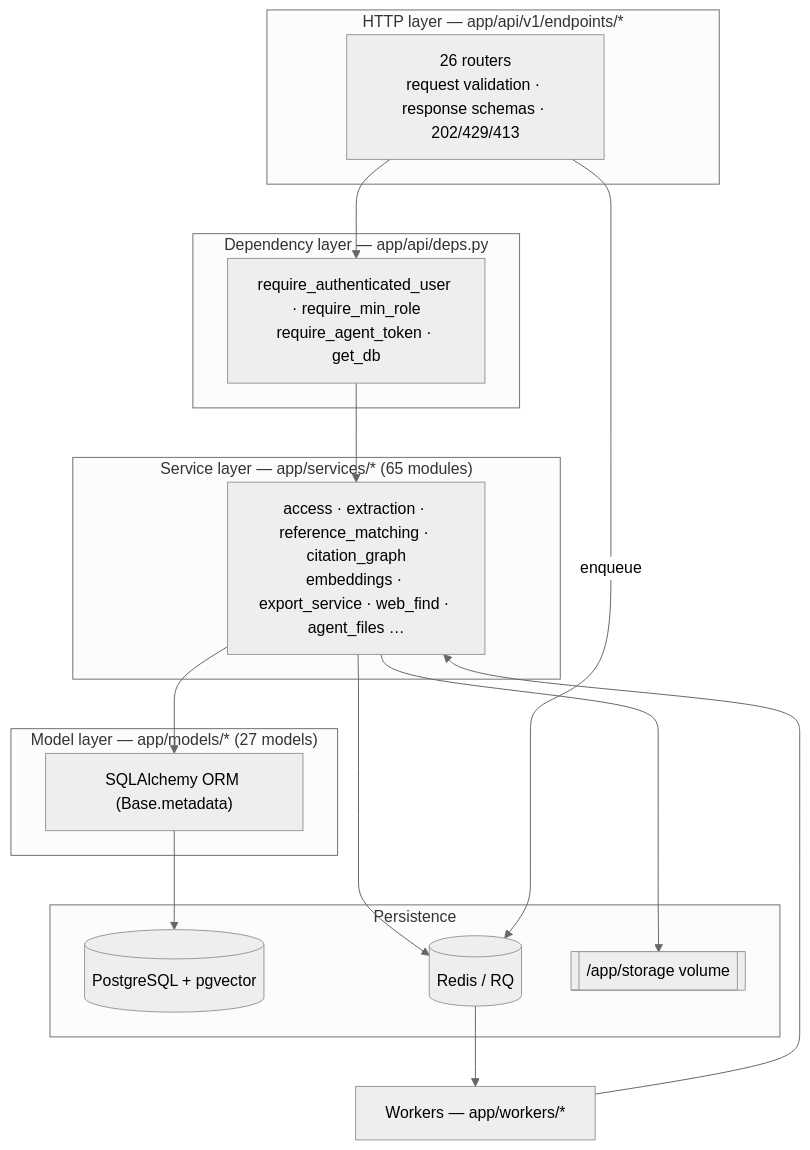
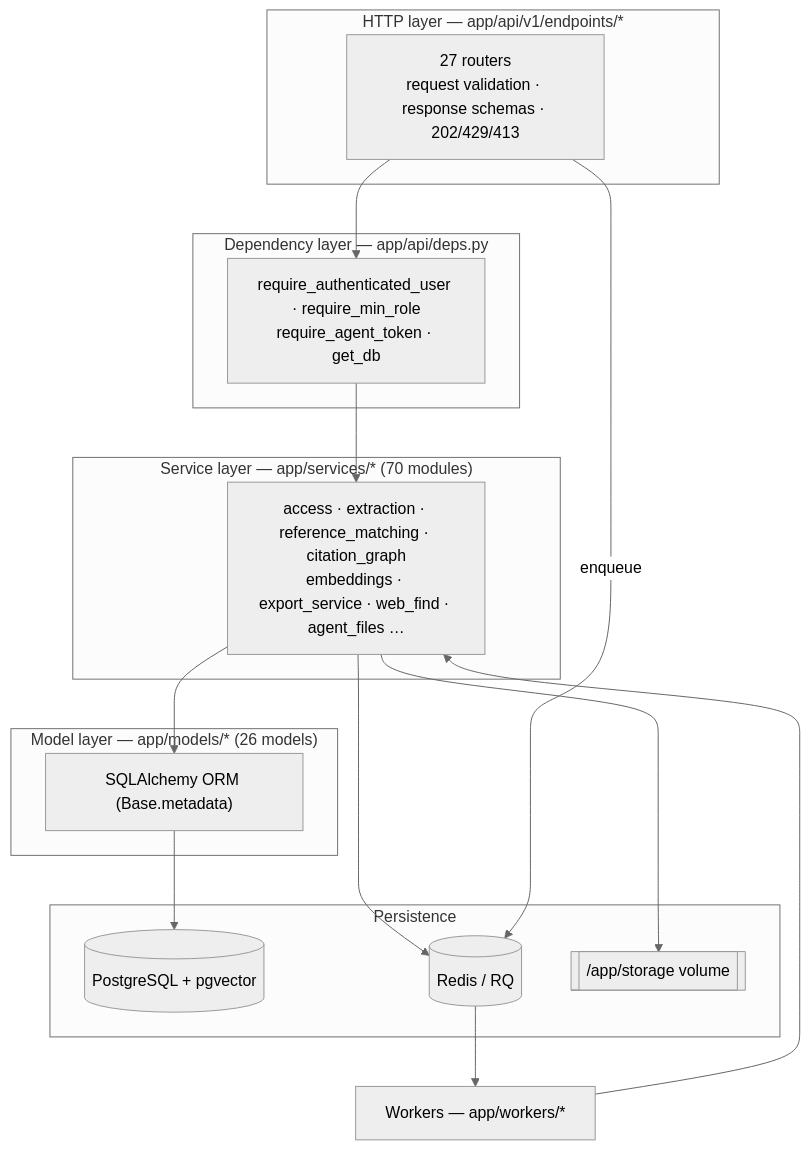
One commit to radoskov/paracord changed the second of 3 diagrams in docs/reference/01_architecture.md. Above: the diagram before and after it, drawn with Mermaid (neutral theme). The commit also changed other lines of this file and 9 other files, not shown here.

````diff
--- a/docs/reference/01_architecture.md
+++ b/docs/reference/01_architecture.md
@@ -82,26 +82,26 @@
 ```mermaid
 flowchart TB
     subgraph L1["HTTP layer — app/api/v1/endpoints/*"]
-        EP["26 routers<br/>request validation · response schemas · 202/429/413"]
+        EP["27 routers<br/>request validation · response schemas · 202/429/413"]
     end
     subgraph L2["Dependency layer — app/api/deps.py"]
         DEP["require_authenticated_user · require_min_role<br/>require_agent_token · get_db"]
     end
-    subgraph L3["Service layer — app/services/* (65 modules)"]
+    subgraph L3["Service layer — app/services/* (70 modules)"]
         SVC["access · extraction · reference_matching · citation_graph<br/>embeddings · export_service · web_find · agent_files …"]
     end
-    subgraph L4["Model layer — app/models/* (27 models)"]
+    subgraph L4["Model layer — app/models/* (26 models)"]
         MOD["SQLAlchemy ORM (Base.metadata)"]
     end
     subgraph L5["Persistence"]
         DB[("PostgreSQL + pgvector")]
         RD[("Redis / RQ")]
         FS[["/app/storage volume"]]
     end
     W["Workers — app/workers/*"]
 
     EP --> DEP --> SVC --> MOD --> DB
     SVC --> RD
     SVC --> FS
     EP -->|enqueue| RD --> W --> SVC
 ```
````
